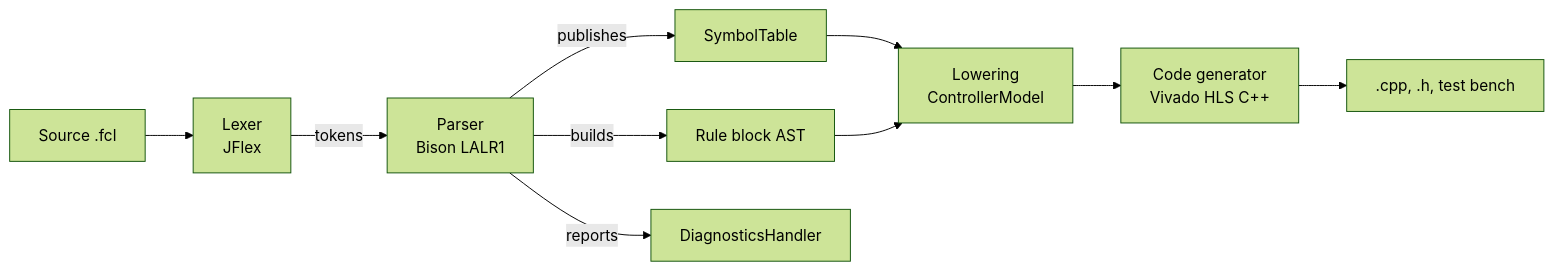
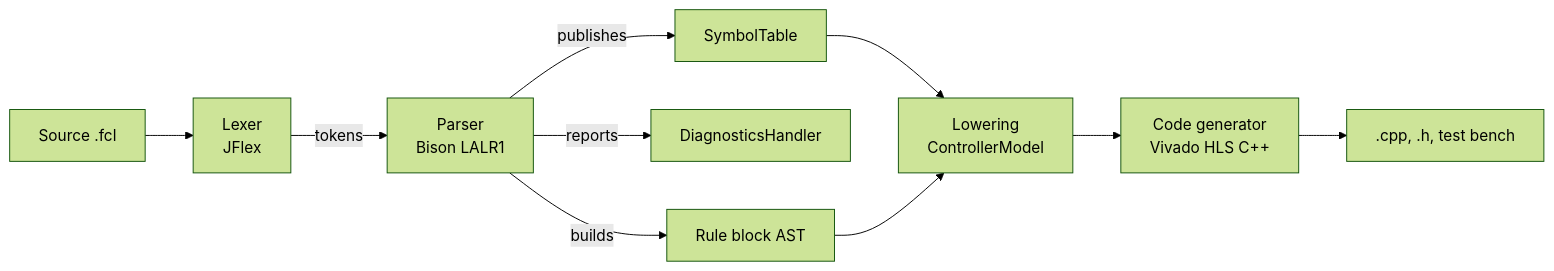
One commit to PascalUser/FLC-IEC61131-7 changed the diagram in README.md. Above: the diagram before and after it, drawn with Mermaid (forest theme). The commit also changed other lines of this file and 191 other files, not shown here.

````diff
--- a/README.md
+++ b/README.md
@@ -84,12 +89,12 @@
 ```mermaid
 flowchart LR
     SRC[Source .fcl] --> LEX[Lexer<br/>JFlex]
     LEX -- tokens --> PAR[Parser<br/>Bison LALR1]
     PAR -- publishes --> ST[SymbolTable]
+    PAR -- reports --> DIAG[DiagnosticsHandler]
     PAR -- builds --> AST[Rule block AST]
-    PAR -- reports --> DIAG[DiagnosticsHandler]
     ST --> LOW[Lowering<br/>ControllerModel]
     AST --> LOW
     LOW --> GEN[Code generator<br/>Vivado HLS C++]
     GEN --> OUT[.cpp, .h, test bench]
 ```
````
